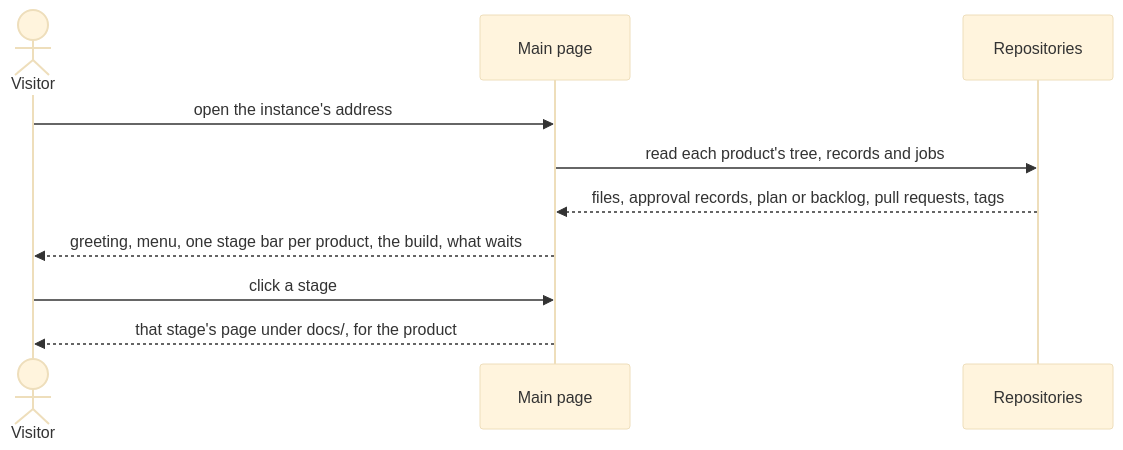
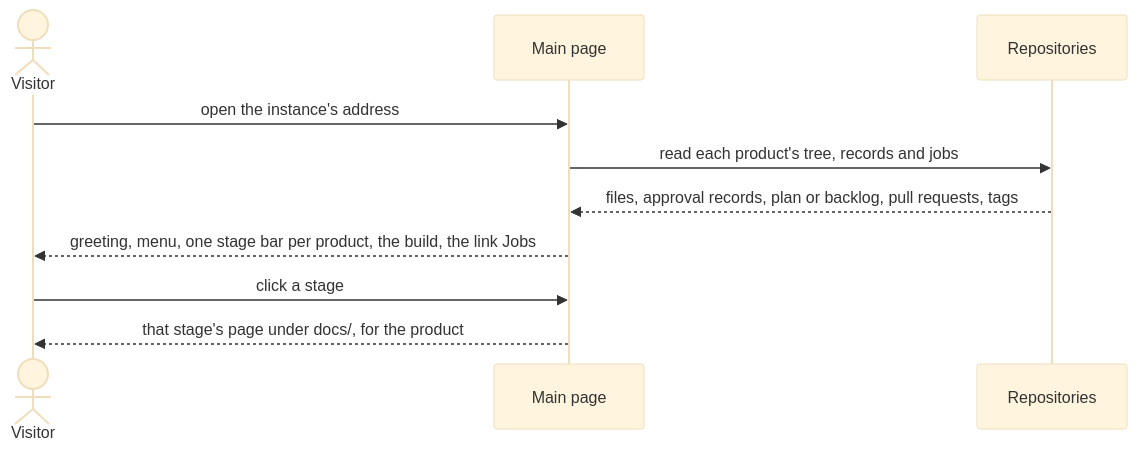
The diagram in docs/use-cases/UC-046-see-what-goes-on-in-the-instance.md (akmaier/agent-m), drawn with Mermaid (base theme) before and after one commit. The commit also changed other lines of this file and 3 other files, not shown here.

````diff
--- a/docs/use-cases/UC-046-see-what-goes-on-in-the-instance.md
+++ b/docs/use-cases/UC-046-see-what-goes-on-in-the-instance.md
@@ -68,12 +68,12 @@
 ```mermaid
 sequenceDiagram
     actor V as Visitor
     participant P as Main page
     participant G as Repositories
     V->>P: open the instance's address
     P->>G: read each product's tree, records and jobs
     G-->>P: files, approval records, plan or backlog, pull requests, tags
-    P-->>V: greeting, menu, one stage bar per product, the build, what waits
+    P-->>V: greeting, menu, one stage bar per product, the build, the link Jobs
     V->>P: click a stage
     P-->>V: that stage's page under docs/, for the product
 ```
````
